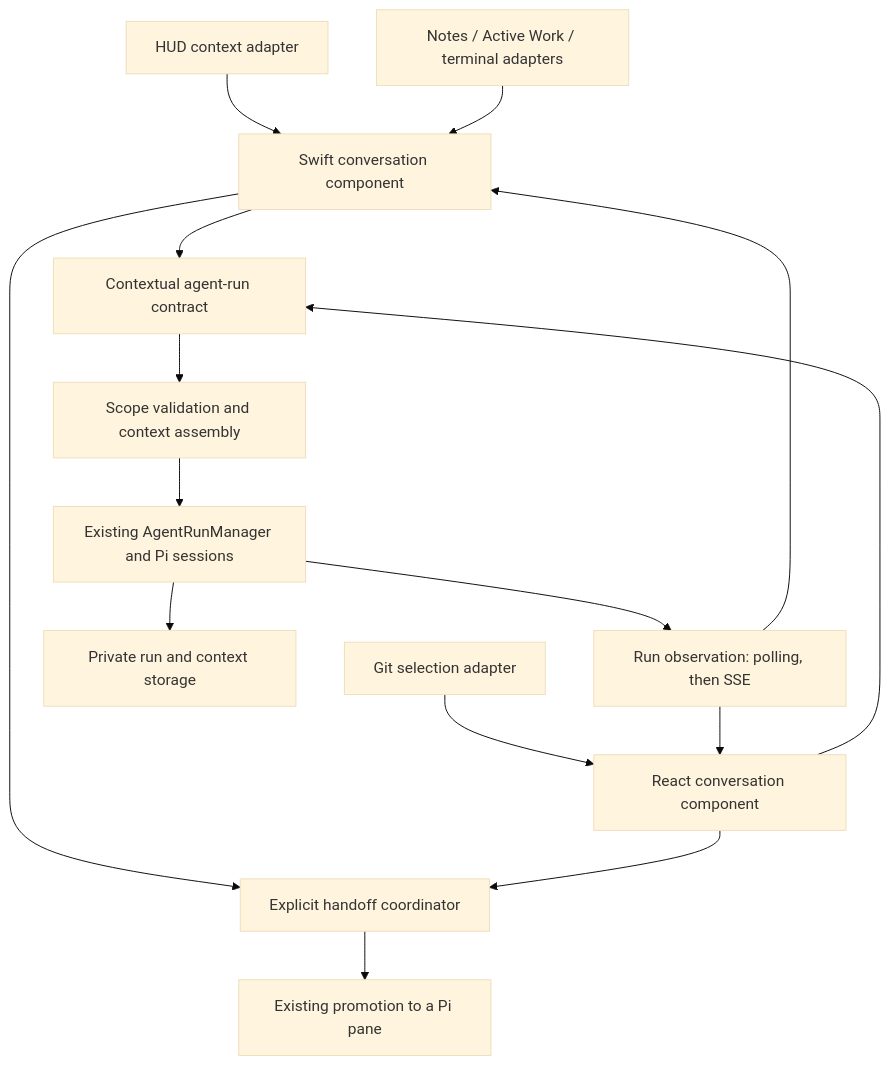
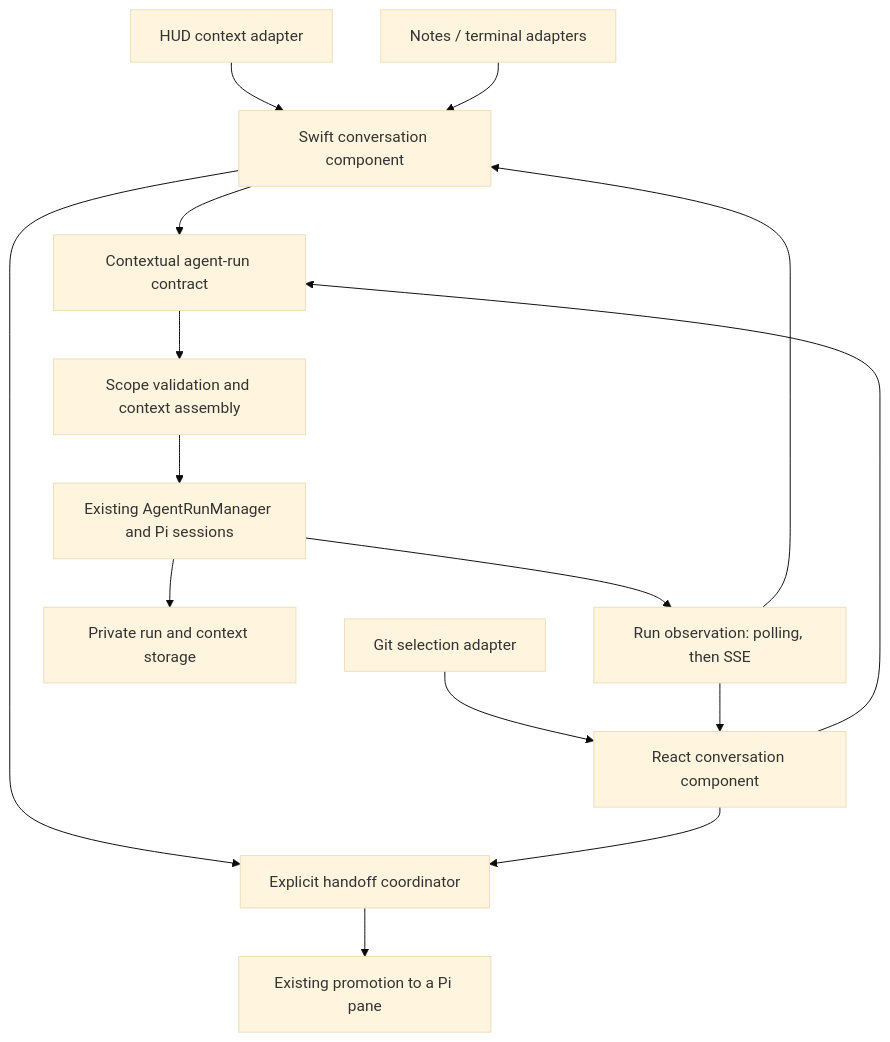
One commit to ronnie3786/herdr-companion changed the diagram in docs/contextual-assistant-architecture.md. Above: the diagram before and after it, drawn with Mermaid (base theme). The commit also changed 113 other files, not shown here.

Commit message:
Remove Active Work from the Mac app and companion

````diff
--- a/docs/contextual-assistant-architecture.md
+++ b/docs/contextual-assistant-architecture.md
@@ -64,17 +64,17 @@
 ```mermaid
 flowchart TD
     HUD[HUD context adapter] --> Native[Swift conversation component]
-    Future[Notes / Active Work / terminal adapters] --> Native
+    Future[Notes / terminal adapters] --> Native
     Git[Git selection adapter] --> Web[React conversation component]
     Native --> API[Contextual agent-run contract]
     Web --> API
     API --> Context[Scope validation and context assembly]
     Context --> Runs[Existing AgentRunManager and Pi sessions]
     Runs --> State[Private run and context storage]
     Runs --> Observe[Run observation: polling, then SSE]
     Observe --> Native
     Observe --> Web
     Native --> Handoff[Explicit handoff coordinator]
     Web --> Handoff
     Handoff --> Pane[Existing promotion to a Pi pane]
 ```
````
